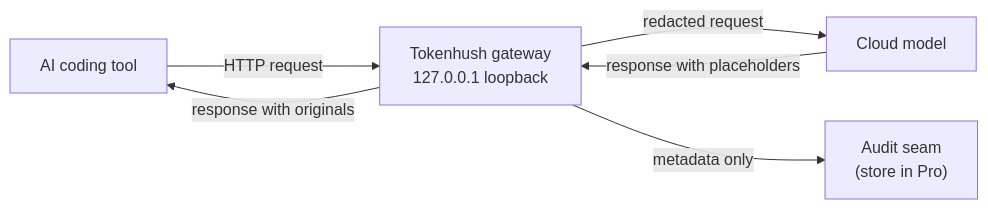
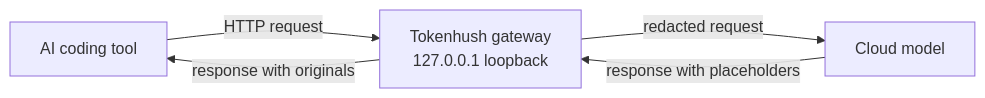
The diagram in README.md (fregie/tokenhush), drawn with Mermaid before and after one commit. The commit also changed other lines of this file and 19 other files, not shown here.

````diff
--- a/README.md
+++ b/README.md
@@ -38,8 +37,7 @@
 ```mermaid
 flowchart LR
     A["AI coding tool"] -->|HTTP request| B["Tokenhush gateway<br/>127.0.0.1 loopback"]
     B -->|redacted request| C["Cloud model"]
     C -->|response with placeholders| B
     B -->|response with originals| A
-    B -->|metadata only| D["Audit seam<br/>(store in Pro)"]
 ```
````
